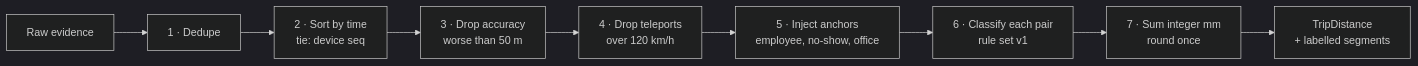
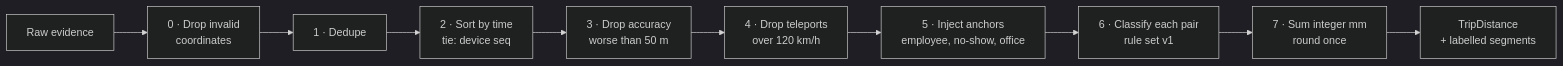
Before and after one commit to akshat-nawaria/trip-ledger: the third of 5 diagrams in docs/DESIGN.md, drawn with Mermaid (dark theme). The commit also changed other lines of this file and 4 other files, not shown here.

````diff
--- a/docs/DESIGN.md
+++ b/docs/DESIGN.md
@@ -221,11 +221,12 @@
 ```mermaid
 flowchart LR
-    A["Raw evidence"] --> B["1 · Dedupe"]
+    A["Raw evidence"] --> Z["0 · Drop invalid<br/>coordinates"]
+    Z --> B["1 · Dedupe"]
     B --> C["2 · Sort by time<br/>tie: device seq"]
     C --> D["3 · Drop accuracy<br/>worse than 50 m"]
     D --> E["4 · Drop teleports<br/>over 120 km/h"]
     E --> F["5 · Inject anchors<br/>employee, no-show, office"]
     F --> G["6 · Classify each pair<br/>rule set v1"]
     G --> H["7 · Sum integer mm<br/>round once"]
     H --> I["TripDistance<br/>+ labelled segments"]
 ```
````
